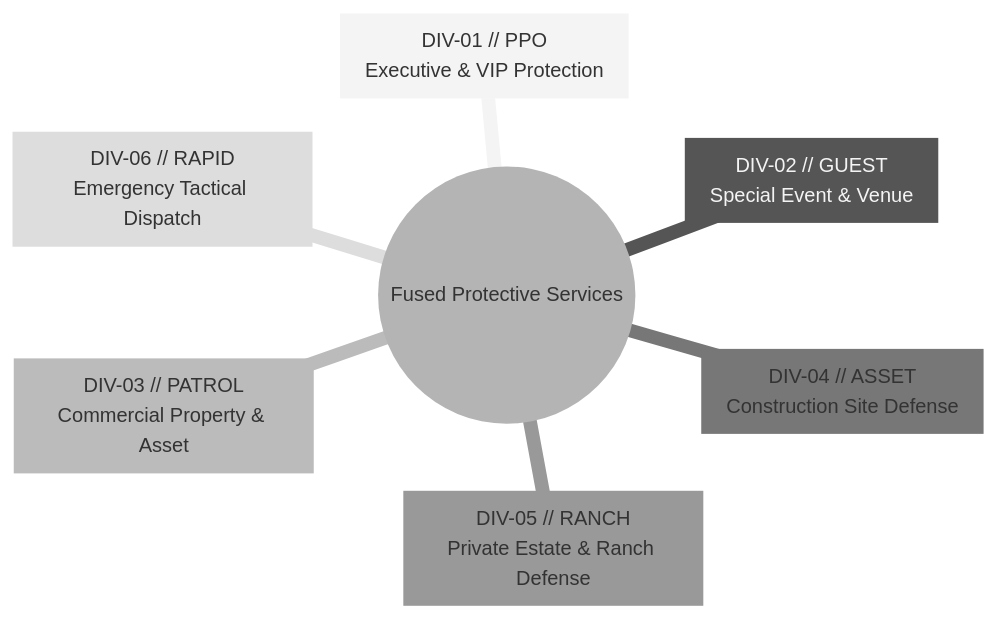
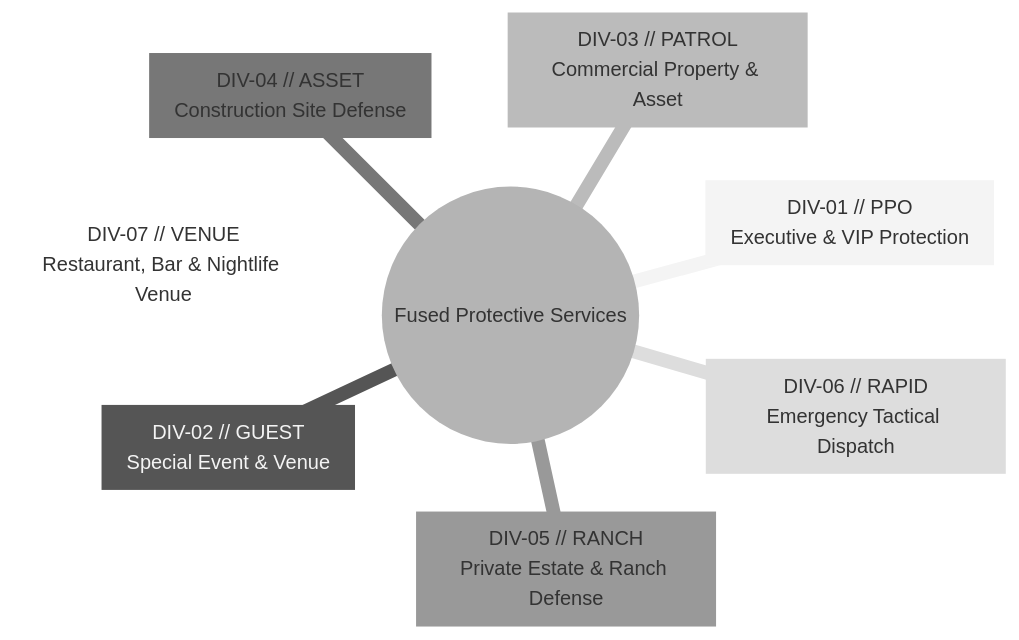
Before and after one commit to seancope357/fused-protective-services: the diagram in context/business.md, drawn with Mermaid (neutral theme). The commit also changed other lines of this file and 23 other files, not shown here.

````diff
--- a/context/business.md
+++ b/context/business.md
@@ -33,10 +34,11 @@
 ```mermaid
 mindmap
   root((Fused Protective Services))
     DIV-01["DIV-01 // PPO<br/>Executive & VIP Protection"]
     DIV-02["DIV-02 // GUEST<br/>Special Event & Venue"]
     DIV-03["DIV-03 // PATROL<br/>Commercial Property & Asset"]
     DIV-04["DIV-04 // ASSET<br/>Construction Site Defense"]
     DIV-05["DIV-05 // RANCH<br/>Private Estate & Ranch Defense"]
     DIV-06["DIV-06 // RAPID<br/>Emergency Tactical Dispatch"]
+    DIV-07["DIV-07 // VENUE<br/>Restaurant, Bar & Nightlife Venue"]
 ```
````
